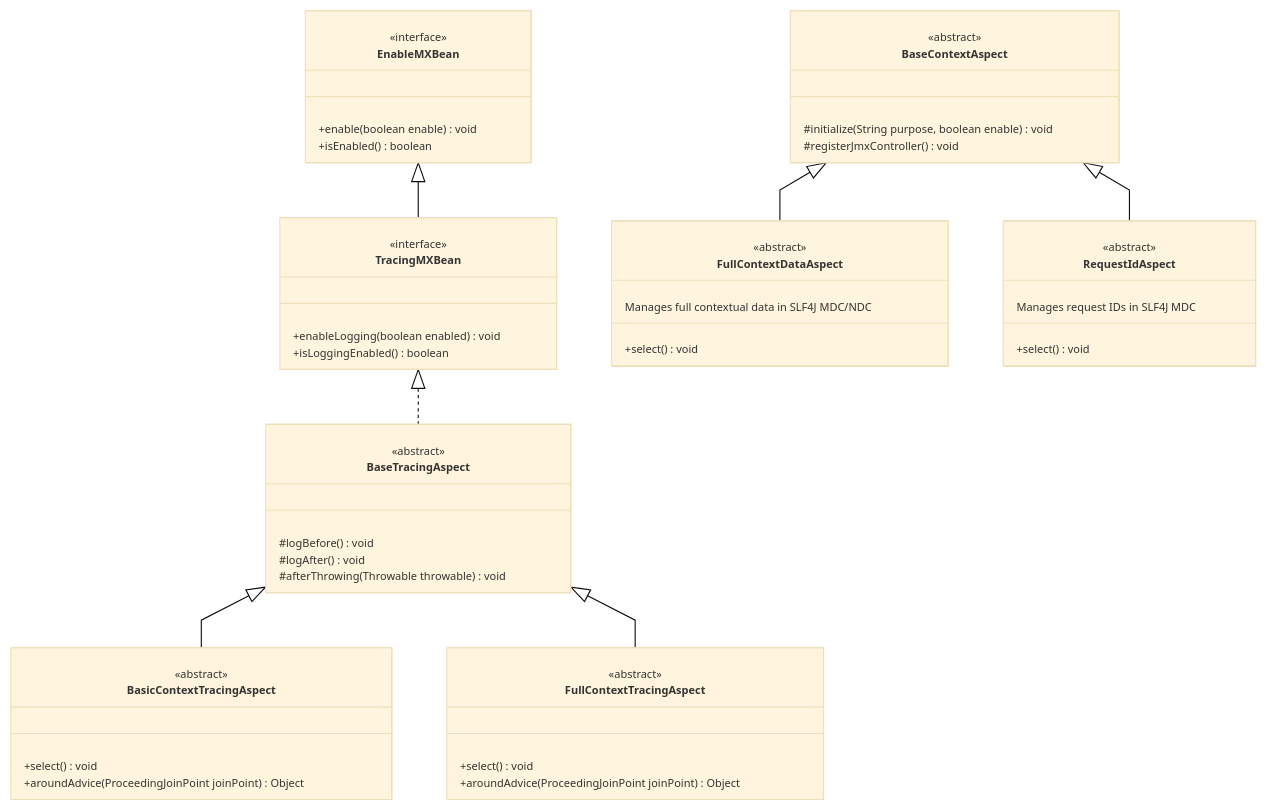
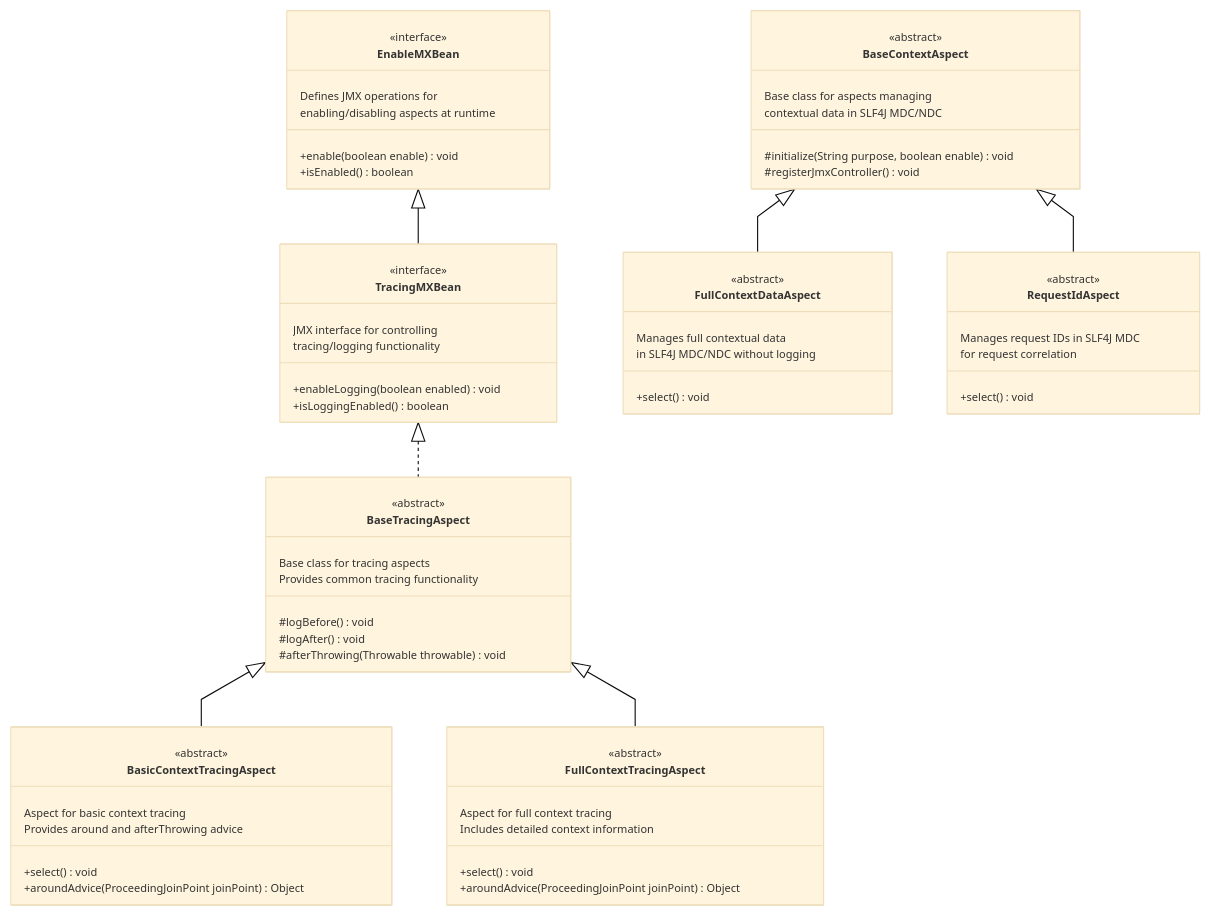
One commit to stevensouza/automon changed the second of 2 diagrams in docs/automon_class_diagrams.md. Above: the diagram before and after it, drawn with Mermaid. The commit also changed other lines of this file, not shown here.

````diff
--- a/docs/automon_class_diagrams.md
+++ b/docs/automon_class_diagrams.md
@@ -84,59 +95,73 @@
 ```mermaid
 %%{init: {'theme': 'base', 'themeVariables': { 'fontSize': '10px'}, "flowchart": {"htmlLabels": true, "curve": "linear"}, "sequence": {"useMaxWidth":false}}}%%
 classDiagram
     EnableMXBean <|-- TracingMXBean
     TracingMXBean <|.. BaseTracingAspect
     BaseTracingAspect <|-- BasicContextTracingAspect
     BaseTracingAspect <|-- FullContextTracingAspect
     BaseContextAspect <|-- FullContextDataAspect
     BaseContextAspect <|-- RequestIdAspect
 
     class EnableMXBean {
         <<interface>>
+        Defines JMX operations for
+        enabling/disabling aspects at runtime
         +enable(boolean enable) void
         +isEnabled() boolean
     }
 
     class TracingMXBean {
         <<interface>>
+        JMX interface for controlling
+        tracing/logging functionality
         +enableLogging(boolean enabled) void
         +isLoggingEnabled() boolean
     }
 
     class BaseTracingAspect {
         <<abstract>>
+        Base class for tracing aspects
+        Provides common tracing functionality
         #logBefore() void
         #logAfter() void
         #afterThrowing(Throwable throwable) void
     }
 
     class BaseContextAspect {
         <<abstract>>
+        Base class for aspects managing
+        contextual data in SLF4J MDC/NDC
         #initialize(String purpose, boolean enable) void
         #registerJmxController() void
     }
 
     class BasicContextTracingAspect {
         <<abstract>>
+        Aspect for basic context tracing
+        Provides around and afterThrowing advice
         +select() void
         +aroundAdvice(ProceedingJoinPoint joinPoint) Object
     }
 
     class FullContextTracingAspect {
         <<abstract>>
+        Aspect for full context tracing
+        Includes detailed context information
         +select() void
         +aroundAdvice(ProceedingJoinPoint joinPoint) Object
     }
 
     class FullContextDataAspect {
         <<abstract>>
-        Manages full contextual data in SLF4J MDC/NDC
+        Manages full contextual data
+        in SLF4J MDC/NDC without logging
         +select() void
     }
 
     class RequestIdAspect {
         <<abstract>>
         Manages request IDs in SLF4J MDC
+        for request correlation
         +select() void
     }
 ```
````
